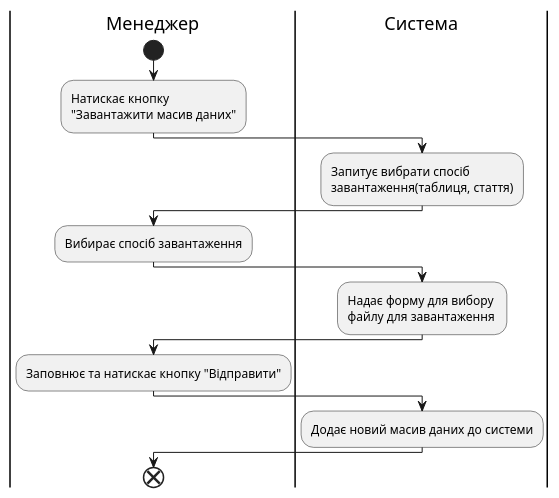
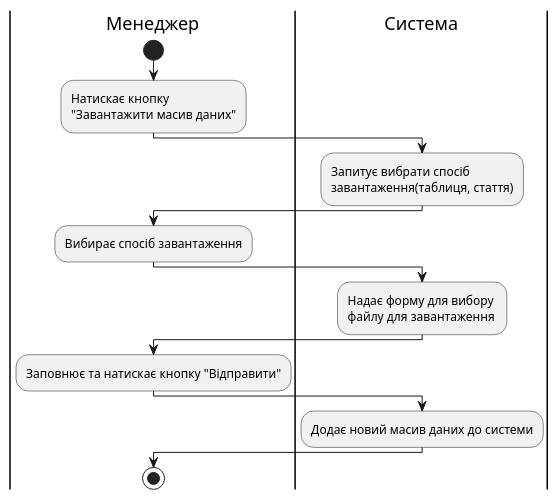
The diagram in src/uml/UC51.puml (anrikolo/obd), drawn with PlantUML before and after one commit.

```diff
--- a/src/uml/UC51.puml
+++ b/src/uml/UC51.puml
@@ -1,17 +1,17 @@
 @startuml
     |Менеджер|
     start
     :Натискає кнопку \n"Завантажити масив даних";
     |Система|
     :Запитує вибрати спосіб \nзавантаження(таблиця, стаття);
     |Менеджер|
     :Вибирає спосіб завантаження;
     |Система|
     :Надає форму для вибору \nфайлу для завантаження;
     |Менеджер|
     :Заповнює та натискає кнопку "Відправити";
     |Система|
     :Додає новий масив даних до системи;
         |Менеджер|
-    end;
+    stop;
 @enduml
```
